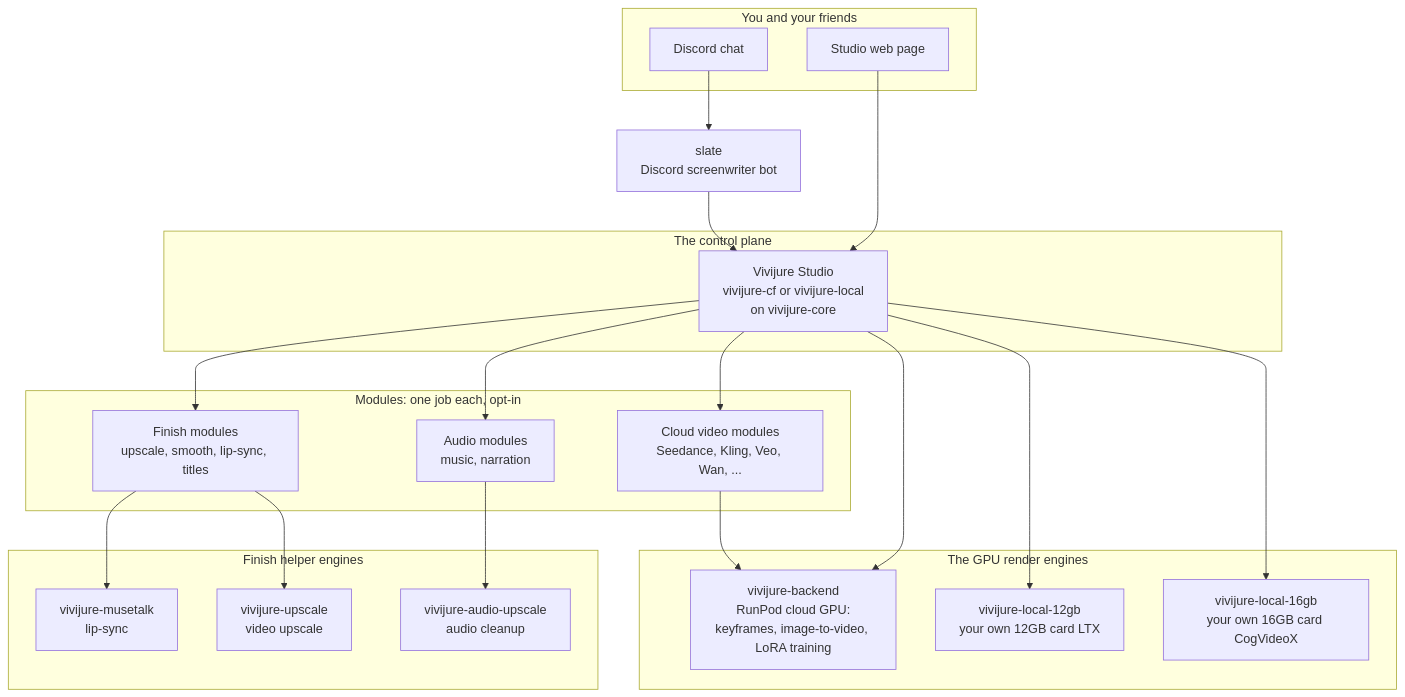
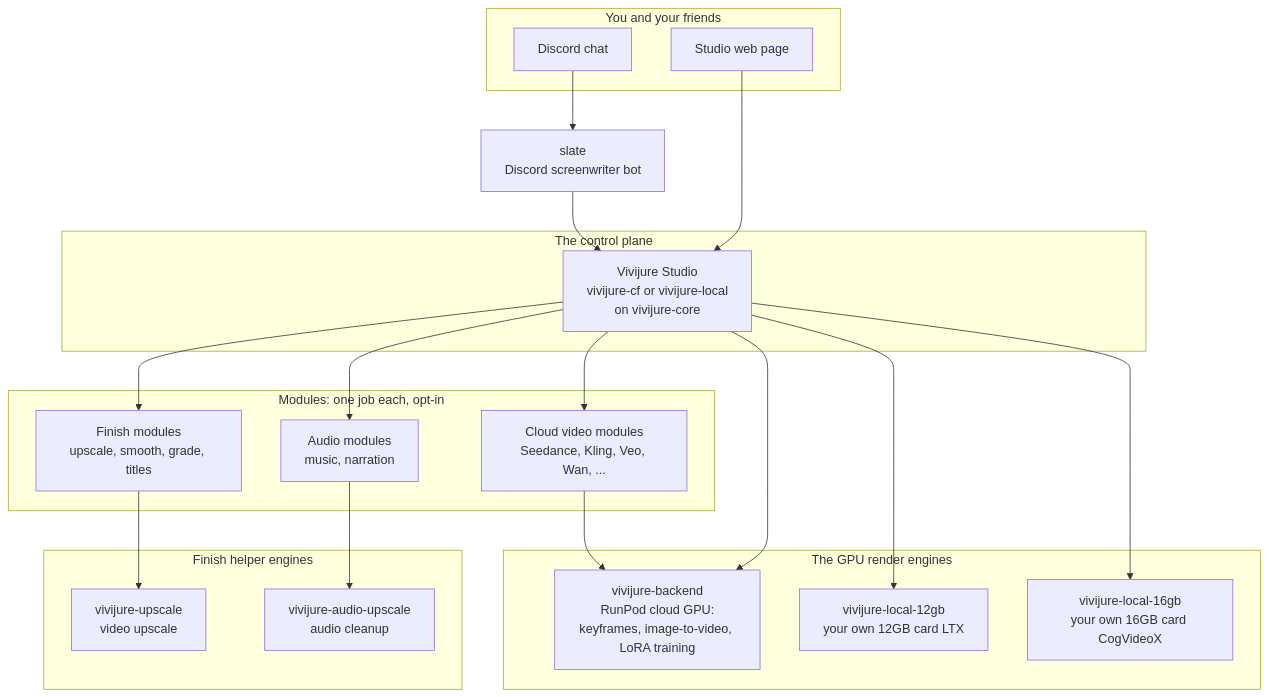
One commit to skyphusion-labs/vivijure-cf changed the diagram in docs/constellation.md. Above: the diagram before and after it, drawn with Mermaid. The commit also changed 96 other files, not shown here.

````diff
--- a/docs/constellation.md
+++ b/docs/constellation.md
@@ -18,45 +18,43 @@
 ```mermaid
 flowchart TD
     subgraph front[You and your friends]
         discord[Discord chat]
         ui[Studio web page]
     end
 
     slate[slate<br/>Discord screenwriter bot]
 
     subgraph core[The control plane]
         studio[Vivijure Studio<br/>vivijure-cf or vivijure-local<br/>on vivijure-core]
     end
 
     subgraph modules[Modules: one job each, opt-in]
         cloudmods[Cloud video modules<br/>Seedance, Kling, Veo, Wan, ...]
-        finishmods[Finish modules<br/>upscale, smooth, lip-sync, titles]
+        finishmods[Finish modules<br/>upscale, smooth, grade, titles]
         audiomods[Audio modules<br/>music, narration]
     end
 
     subgraph gpu[The GPU render engines]
         backend[vivijure-backend<br/>RunPod cloud GPU:<br/>keyframes, image-to-video, LoRA training]
         local12[vivijure-local-12gb<br/>your own 12GB card LTX]
         local16[vivijure-local-16gb<br/>your own 16GB card CogVideoX]
     end
 
     subgraph finish[Finish helper engines]
-        musetalk[vivijure-musetalk<br/>lip-sync]
         upscale[vivijure-upscale<br/>video upscale]
         audioup[vivijure-audio-upscale<br/>audio cleanup]
     end
 
     discord --> slate
     slate --> studio
     ui --> studio
     studio --> cloudmods
     studio --> finishmods
     studio --> audiomods
     cloudmods --> backend
-    finishmods --> musetalk
     finishmods --> upscale
     audiomods --> audioup
     studio --> backend
     studio --> local12
     studio --> local16
 ```
````
